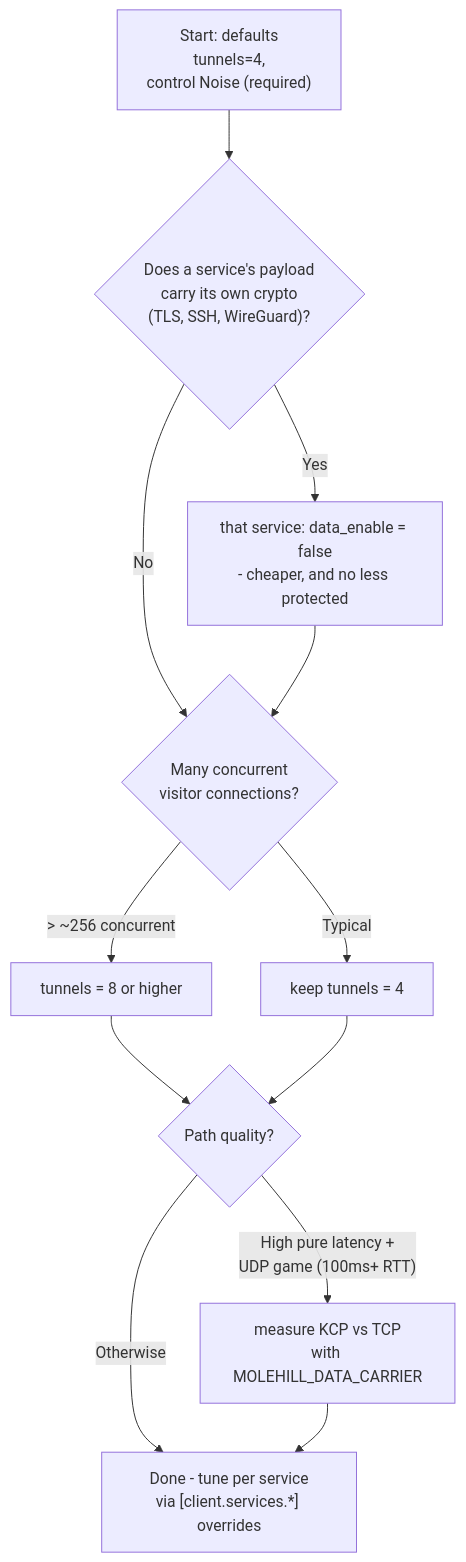
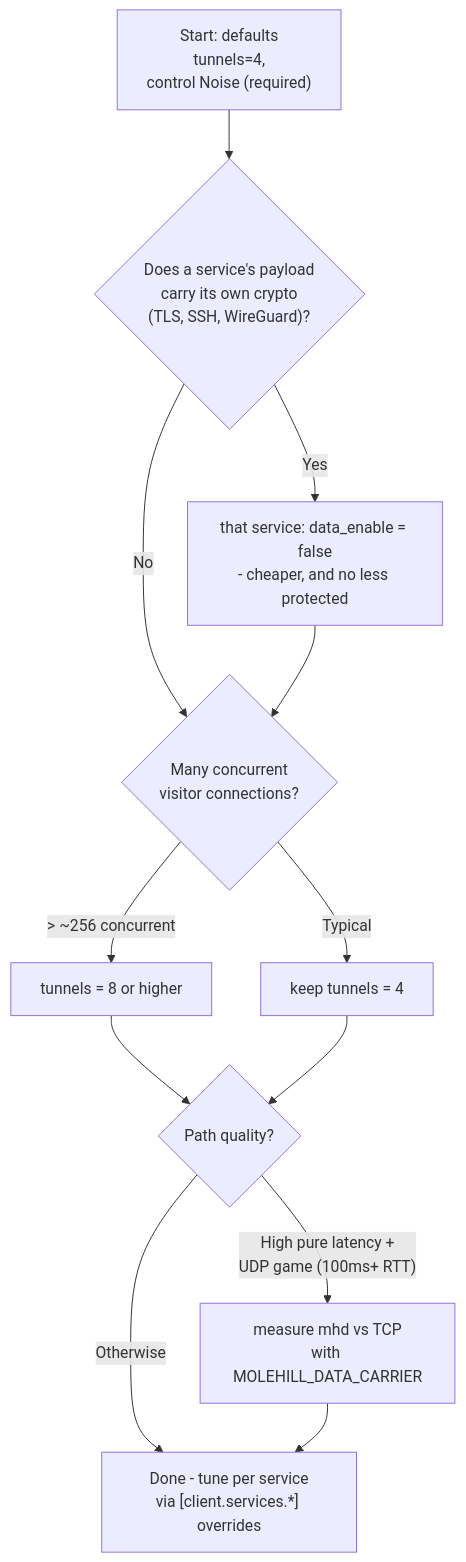
One commit to NIyueeE/molehill changed the diagram in docs/configuration.md. Above: the diagram before and after it, drawn with Mermaid. The commit also changed other lines of this file and 49 other files, not shown here.

````diff
--- a/docs/configuration.md
+++ b/docs/configuration.md
@@ -227,14 +227,14 @@
 ```mermaid
 flowchart TD
     A["Start: defaults<br/>tunnels=4,<br/>control Noise (required)"] --> B{"Does a service's payload<br/>carry its own crypto<br/>(TLS, SSH, WireGuard)?"}
     B -- Yes --> C["that service: data_enable = false<br/>- cheaper, and no less protected"]
     B -- No --> D{"Many concurrent<br/>visitor connections?"}
     C --> D
     D -- "> ~256 concurrent" --> G["tunnels = 8 or higher"]
     D -- Typical --> H["keep tunnels = 4"]
     G --> I{"Path quality?"}
     H --> I
-    I -- "High pure latency +<br/>UDP game (100ms+ RTT)" --> J["measure KCP vs TCP<br/>with MOLEHILL_DATA_CARRIER"]
+    I -- "High pure latency +<br/>UDP game (100ms+ RTT)" --> J["measure mhd vs TCP<br/>with MOLEHILL_DATA_CARRIER"]
     I -- Otherwise --> Z["Done - tune per service<br/>via [client.services.*] overrides"]
     J --> Z
 ```
````
